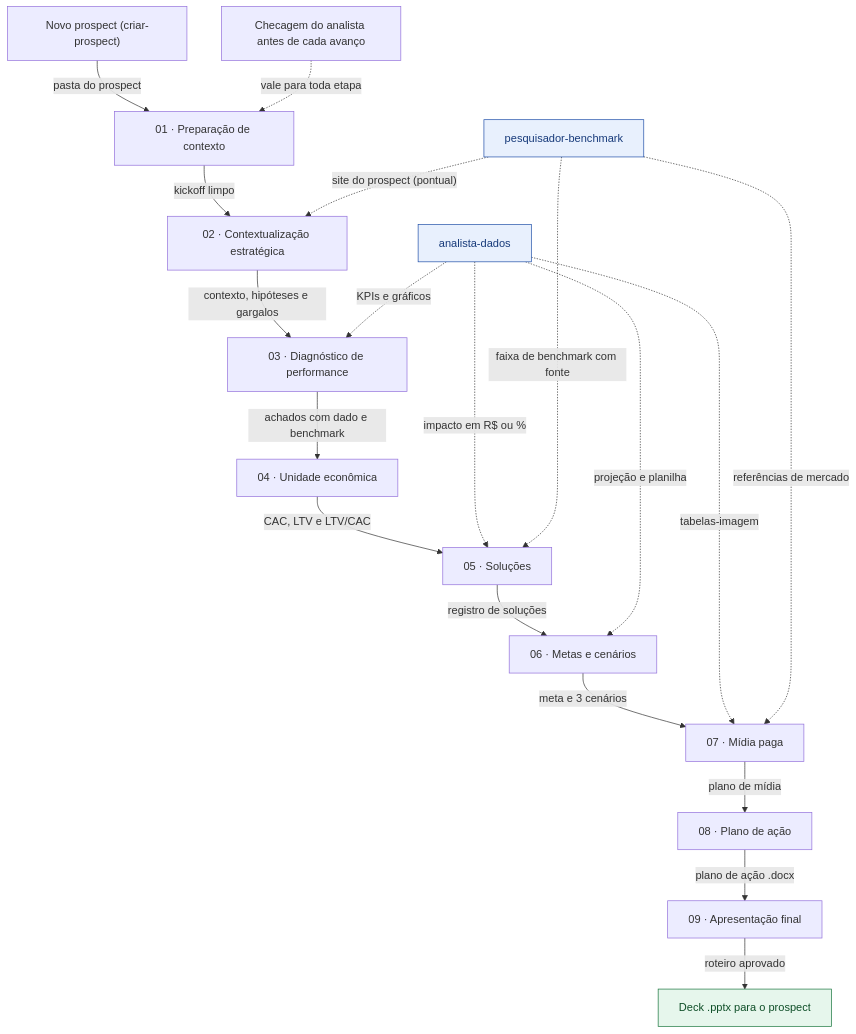
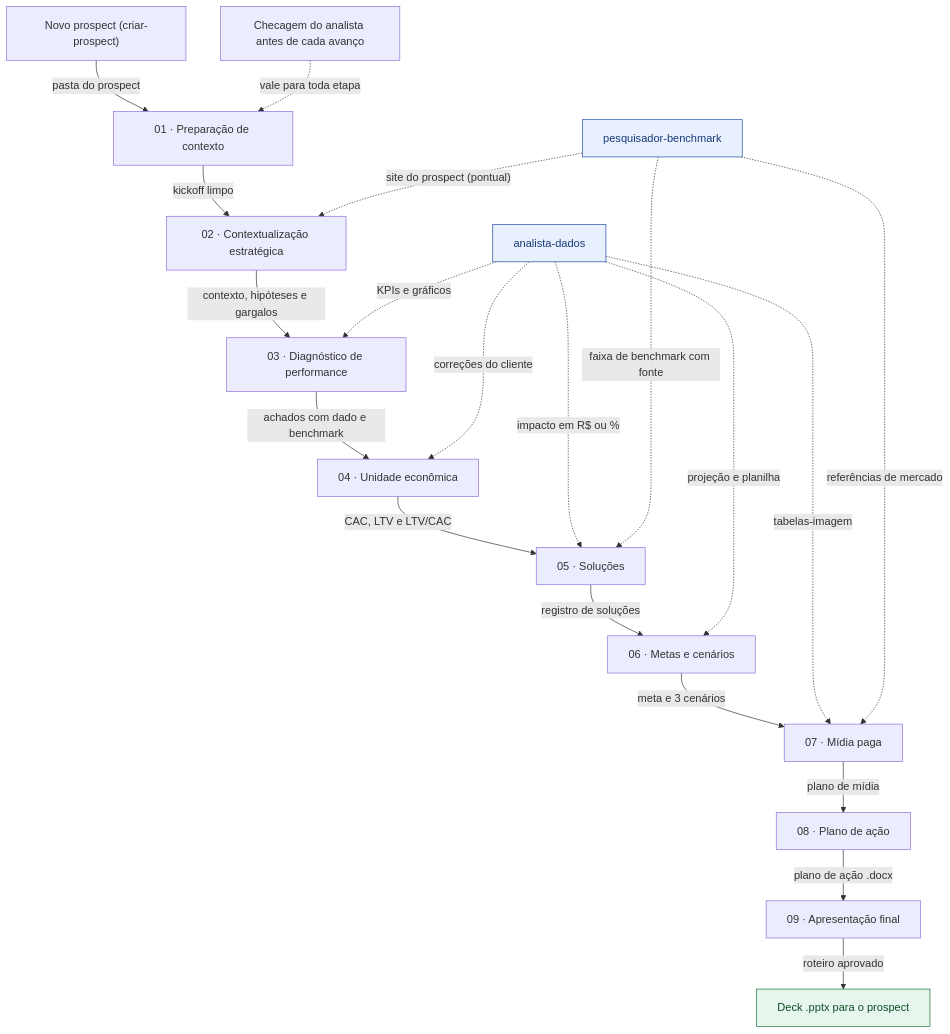
Before and after one commit to MatheusBoomer/growth-cycle-boomer: the diagram in .claude/skills/_shared/fluxo-geral.mmd, drawn with Mermaid. The commit also changed 9 other files, not shown here.

Commit message:
feat(skills): etapa 04 gera o documento de validação e trata correções do cliente

```diff
--- a/.claude/skills/_shared/fluxo-geral.mmd
+++ b/.claude/skills/_shared/fluxo-geral.mmd
@@ -1,41 +1,42 @@
 flowchart TD
   NP["Novo prospect (criar-prospect)"]
   E01["01 · Preparação de contexto"]
   E02["02 · Contextualização estratégica"]
   E03["03 · Diagnóstico de performance"]
   E04["04 · Unidade econômica"]
   E05["05 · Soluções"]
   E06["06 · Metas e cenários"]
   E07["07 · Mídia paga"]
   E08["08 · Plano de ação"]
   E09["09 · Apresentação final"]
   FIM["Deck .pptx para o prospect"]
   AD["analista-dados"]
   PB["pesquisador-benchmark"]
   CK["Checagem do analista antes de cada avanço"]
 
   NP -->|"pasta do prospect"| E01
   E01 -->|"kickoff limpo"| E02
   E02 -->|"contexto, hipóteses e gargalos"| E03
   E03 -->|"achados com dado e benchmark"| E04
   E04 -->|"CAC, LTV e LTV/CAC"| E05
   E05 -->|"registro de soluções"| E06
   E06 -->|"meta e 3 cenários"| E07
   E07 -->|"plano de mídia"| E08
   E08 -->|"plano de ação .docx"| E09
   E09 -->|"roteiro aprovado"| FIM
 
   AD -.->|"KPIs e gráficos"| E03
+  AD -.->|"correções do cliente"| E04
   AD -.->|"impacto em R$ ou %"| E05
   AD -.->|"projeção e planilha"| E06
   AD -.->|"tabelas-imagem"| E07
   PB -.->|"site do prospect (pontual)"| E02
   PB -.->|"faixa de benchmark com fonte"| E05
   PB -.->|"referências de mercado"| E07
   CK -.->|"vale para toda etapa"| E01
 
   class AD,PB subagente
   class FIM entrega
   classDef checkpoint fill:#fff1e6,stroke:#e8803a,color:#7a3d0c
   classDef subagente fill:#e8f0fd,stroke:#1f4fa8,color:#173a7a
   classDef entrega fill:#e6f6ec,stroke:#16743b,color:#0f4f28
```
